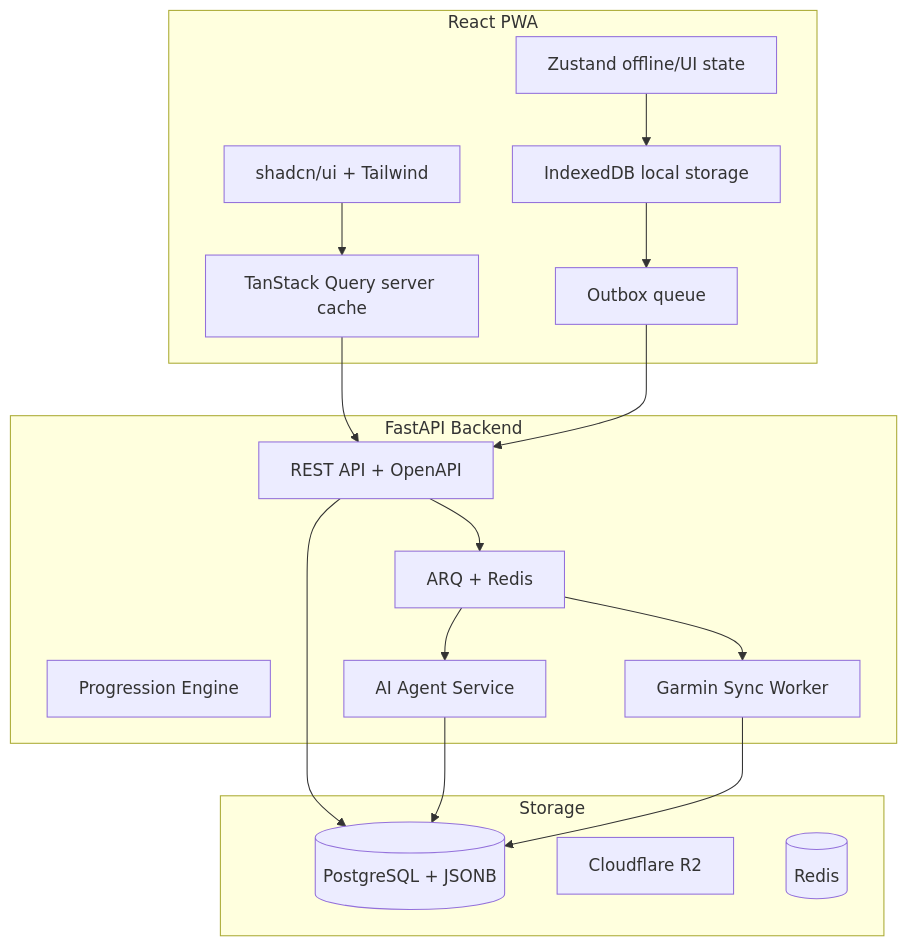
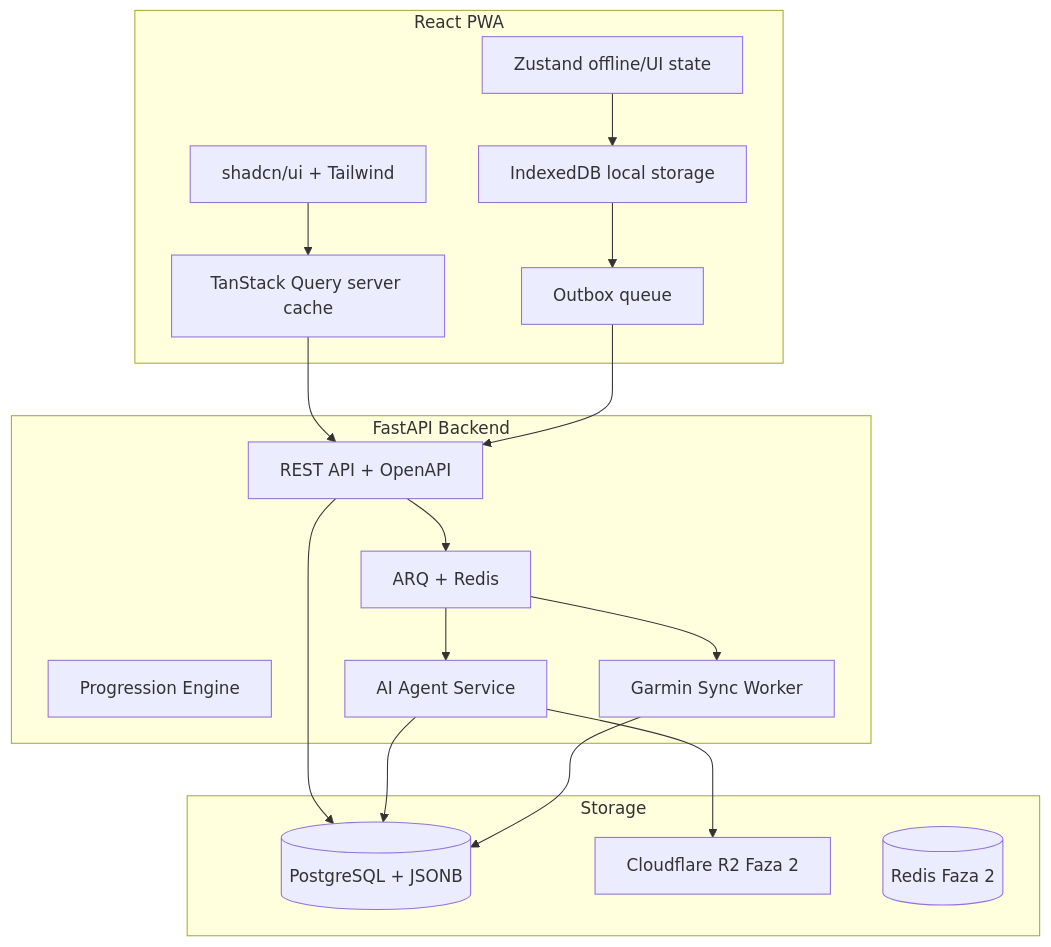
Before and after one commit to piotrpopiolek/trainer: the diagram in docs/prd.md, drawn with Mermaid. The commit also changed other lines of this file and 3 other files, not shown here.

````diff
--- a/docs/prd.md
+++ b/docs/prd.md
@@ -20,34 +21,35 @@
 ```mermaid
 flowchart TB
     subgraph client [React PWA]
         UI[shadcn/ui + Tailwind]
         Zustand[Zustand offline/UI state]
         TQ[TanStack Query server cache]
         LocalDB[IndexedDB local storage]
         Outbox[Outbox queue]
     end
 
     subgraph backend [FastAPI Backend]
         API[REST API + OpenAPI]
         ProgressEngine[Progression Engine]
         AgentService[AI Agent Service]
         GarminSync[Garmin Sync Worker]
         ARQ[ARQ + Redis]
     end
 
     subgraph storage [Storage]
         PG[(PostgreSQL + JSONB)]
-        R2[Cloudflare R2]
-        Redis[(Redis)]
+        R2[Cloudflare R2 Faza 2]
+        Redis[(Redis Faza 2)]
     end
 
     UI --> TQ --> API
     Zustand --> LocalDB
     LocalDB --> Outbox --> API
     API --> PG
     API --> ARQ
     ARQ --> AgentService
     ARQ --> GarminSync
     AgentService --> PG
     GarminSync --> PG
+    AgentService --> R2
 ```
````
